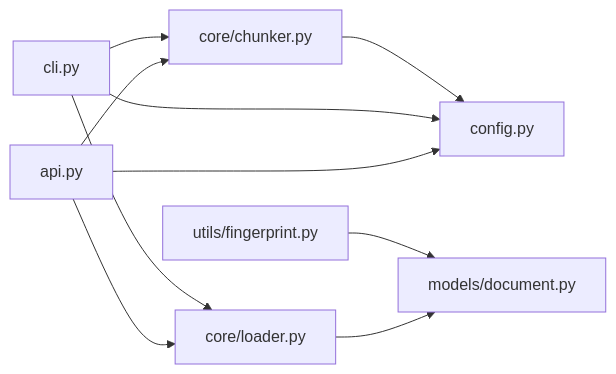
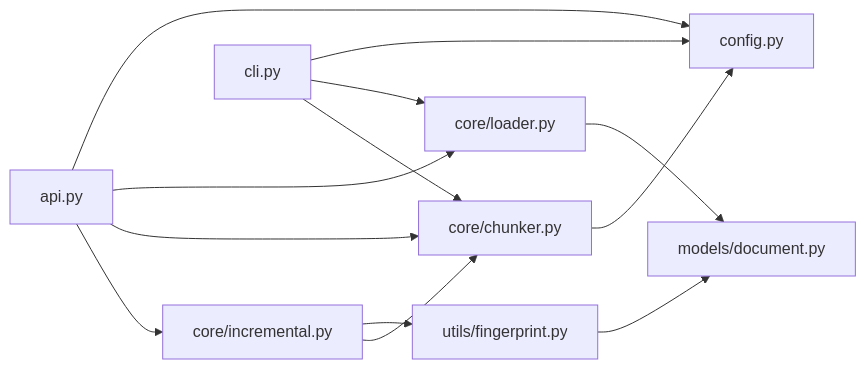
One commit to wowzhangji/doc_ai_parser changed the ninth of 9 diagrams in .qoder/repowiki/zh/content/工具函数和实用程序.md. Above: the diagram before and after it, drawn with Mermaid. The commit also changed other lines of this file and 25 other files, not shown here.

````diff
--- a/.qoder/repowiki/zh/content/工具函数和实用程序.md
+++ b/.qoder/repowiki/zh/content/工具函数和实用程序.md
@@ -368,12 +427,15 @@
 ```mermaid
 graph LR
 FP["utils/fingerprint.py"] --> DOC["models/document.py"]
-CK["core/chunker.py"] --> CFG["config.py"]
+INC["core/incremental.py"] --> FP
+INC --> CK["core/chunker.py"]
+CK --> CFG["config.py"]
 LD["core/loader.py"] --> DOC
 CLI["cli.py"] --> CFG
 CLI --> LD
 CLI --> CK
 WS["api.py"] --> CFG
 WS --> LD
 WS --> CK
+WS --> INC
 ```
````
